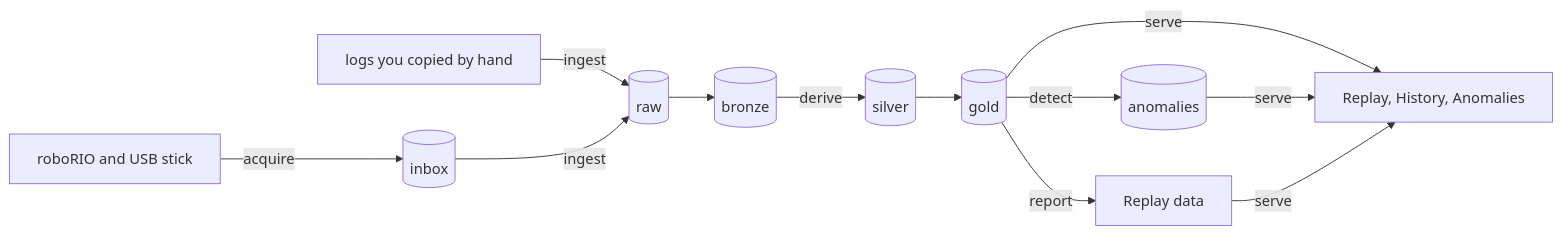
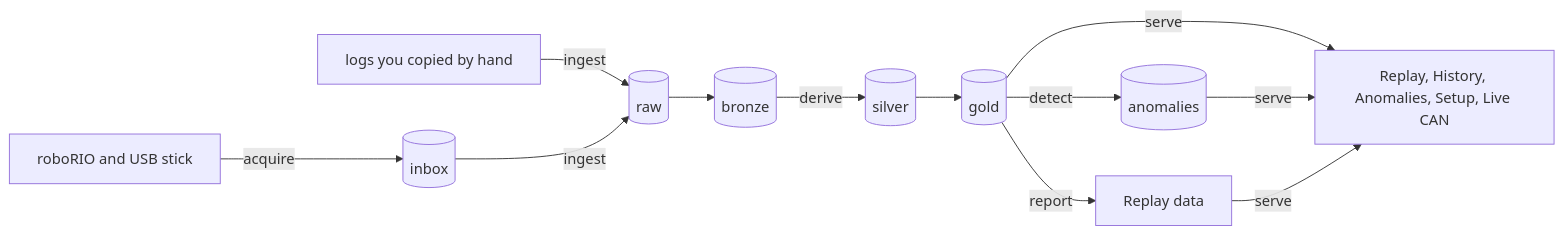
One commit to IgniteRobotics/flashpoint changed the diagram in docs/guide/how-it-works.md. Above: the diagram before and after it, drawn with Mermaid. The commit also changed other lines of this file and 45 other files, not shown here.

````diff
--- a/docs/guide/how-it-works.md
+++ b/docs/guide/how-it-works.md
@@ -7,12 +7,12 @@
 ```mermaid
 flowchart LR
     R[roboRIO and USB stick] -->|acquire| I[(inbox)]
     M[logs you copied by hand] -->|ingest| RAW
     I -->|ingest| RAW[(raw)]
     RAW --> B[(bronze)]
     B -->|derive| S[(silver)]
     S --> G[(gold)]
     G -->|detect| A[(anomalies)]
     G -->|report| RP[Replay data]
-    G & A & RP -->|serve| APP[Replay, History, Anomalies]
+    G & A & RP -->|serve| APP[Replay, History, Anomalies, Setup, Live CAN]
 ```
````
